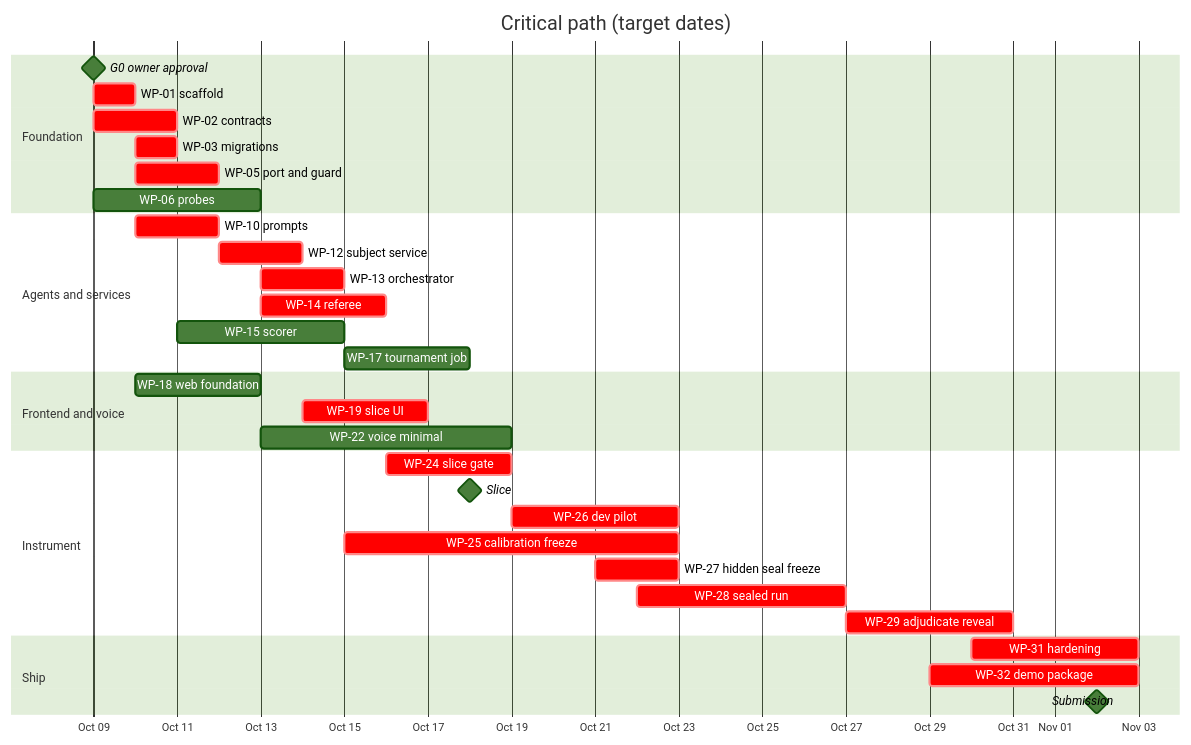
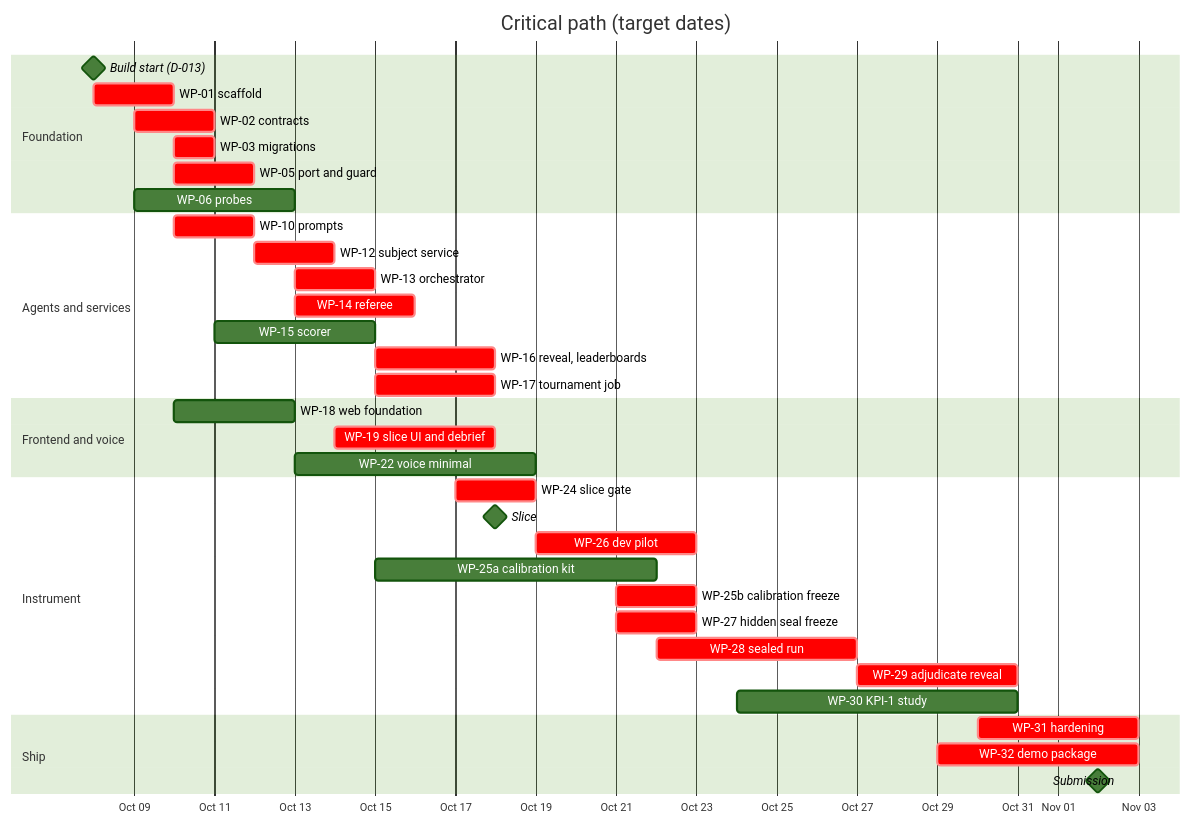
Before and after one commit to bbsatvik01/unissant_agentic_training_arena: the second of 2 diagrams in docs/spec/S8-build-plan.md, drawn with Mermaid (forest theme). The commit also changed other lines of this file and 6 other files, not shown here.

````diff
--- a/docs/spec/S8-build-plan.md
+++ b/docs/spec/S8-build-plan.md
@@ -441,36 +456,39 @@
 ```mermaid
 gantt
   title Critical path (target dates)
   dateFormat YYYY-MM-DD
   axisFormat %b %d
   section Foundation
-  G0 owner approval          :milestone, g0, 2026-10-09, 0d
-  WP-01 scaffold             :crit, w01, 2026-10-09, 1d
+  Build start (D-013)        :milestone, d013, 2026-10-08, 0d
+  WP-01 scaffold             :crit, w01, 2026-10-08, 2d
   WP-02 contracts            :crit, w02, 2026-10-09, 2d
   WP-03 migrations           :crit, w03, 2026-10-10, 1d
   WP-05 port and guard       :crit, w05, 2026-10-10, 2d
   WP-06 probes               :w06, 2026-10-09, 4d
   section Agents and services
   WP-10 prompts              :crit, w10, 2026-10-10, 2d
   WP-12 subject service      :crit, w12, 2026-10-12, 2d
   WP-13 orchestrator         :crit, w13, 2026-10-13, 2d
   WP-14 referee              :crit, w14, 2026-10-13, 3d
   WP-15 scorer               :w15, 2026-10-11, 4d
-  WP-17 tournament job       :w17, 2026-10-15, 3d
+  WP-16 reveal, leaderboards :crit, w16, 2026-10-15, 3d
+  WP-17 tournament job       :crit, w17, 2026-10-15, 3d
   section Frontend and voice
   WP-18 web foundation       :w18, 2026-10-10, 3d
-  WP-19 slice UI             :crit, w19, 2026-10-14, 3d
+  WP-19 slice UI and debrief :crit, w19, 2026-10-14, 4d
   WP-22 voice minimal        :w22, 2026-10-13, 6d
   section Instrument
-  WP-24 slice gate           :crit, w24, 2026-10-16, 3d
+  WP-24 slice gate           :crit, w24, 2026-10-17, 2d
   Slice                      :milestone, s, 2026-10-18, 0d
   WP-26 dev pilot            :crit, w26, 2026-10-19, 4d
-  WP-25 calibration freeze   :crit, w25, 2026-10-15, 8d
+  WP-25a calibration kit     :w25a, 2026-10-15, 7d
+  WP-25b calibration freeze  :crit, w25b, 2026-10-21, 2d
   WP-27 hidden seal freeze   :crit, w27, 2026-10-21, 2d
   WP-28 sealed run           :crit, w28, 2026-10-22, 5d
   WP-29 adjudicate reveal    :crit, w29, 2026-10-27, 4d
+  WP-30 KPI-1 study          :w30, 2026-10-24, 7d
   section Ship
   WP-31 hardening            :crit, w31, 2026-10-30, 4d
   WP-32 demo package         :crit, w32, 2026-10-29, 5d
   Submission                 :milestone, sub, 2026-11-02, 0d
 ```
````
